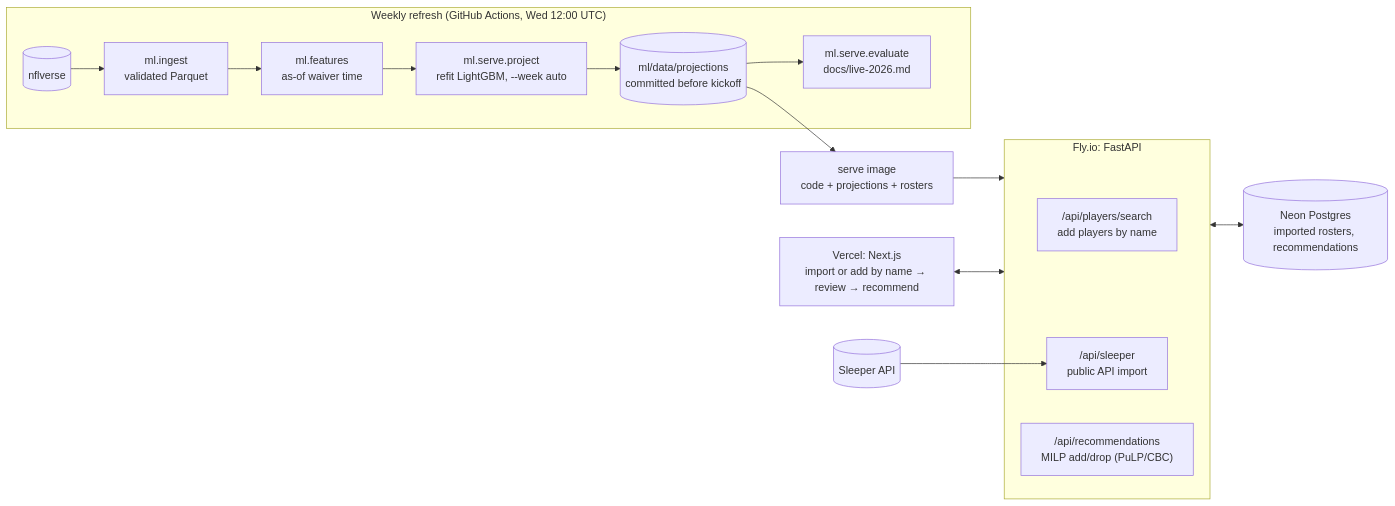
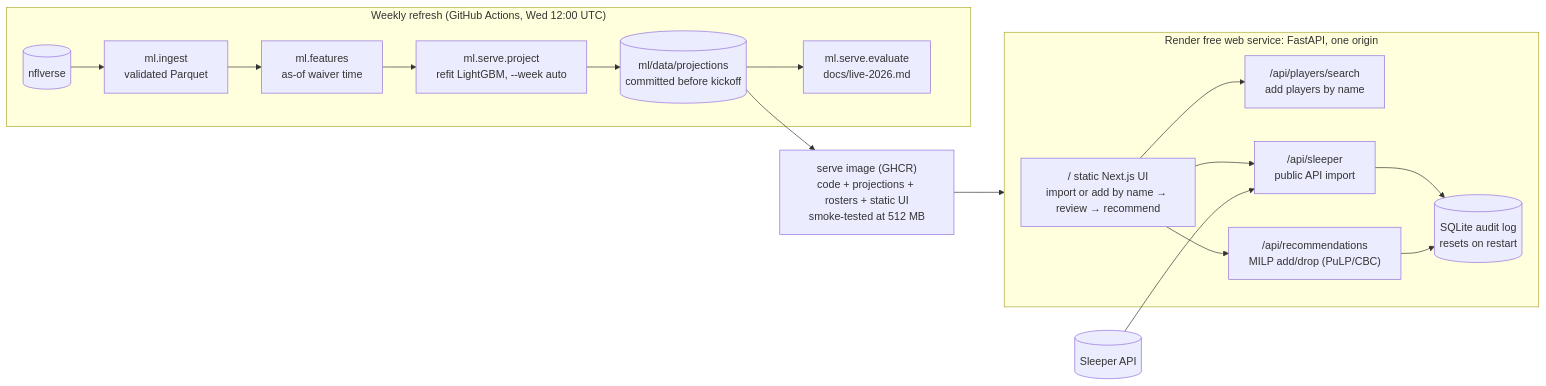
The diagram in docs/architecture.md (SebastianD101/audible-ai), drawn with Mermaid before and after one commit. The commit also changed other lines of this file and 4 other files, not shown here.

````diff
--- a/docs/architecture.md
+++ b/docs/architecture.md
@@ -3,23 +3,25 @@
 ```mermaid
 flowchart LR
   subgraph weekly["Weekly refresh (GitHub Actions, Wed 12:00 UTC)"]
     nflverse[(nflverse)] --> ingest["ml.ingest<br/>validated Parquet"]
     ingest --> features["ml.features<br/>as-of waiver time"]
     features --> project["ml.serve.project<br/>refit LightGBM, --week auto"]
     project --> git[("ml/data/projections<br/>committed before kickoff")]
     git --> evaluate["ml.serve.evaluate<br/>docs/live-2026.md"]
   end
 
-  git --> image["serve image<br/>code + projections + rosters"]
-  image --> fly
+  git --> image["serve image (GHCR)<br/>code + projections + rosters + static UI<br/>smoke-tested at 512 MB"]
+  image --> render
 
-  subgraph fly["Fly.io: FastAPI"]
+  subgraph render["Render free web service: FastAPI, one origin"]
+    ui["/ static Next.js UI<br/>import or add by name → review → recommend"]
     search["/api/players/search<br/>add players by name"]
     sleeper["/api/sleeper<br/>public API import"]
     recs["/api/recommendations<br/>MILP add/drop (PuLP/CBC)"]
+    audit[("SQLite audit log<br/>resets on restart")]
   end
 
-  fly <--> neon[(Neon Postgres<br/>imported rosters, recommendations)]
+  ui --> search & sleeper & recs
+  sleeper & recs --> audit
   sleeperapi[(Sleeper API)] --> sleeper
-  ui["Vercel: Next.js<br/>import or add by name → review → recommend"] <--> fly
 ```
````
